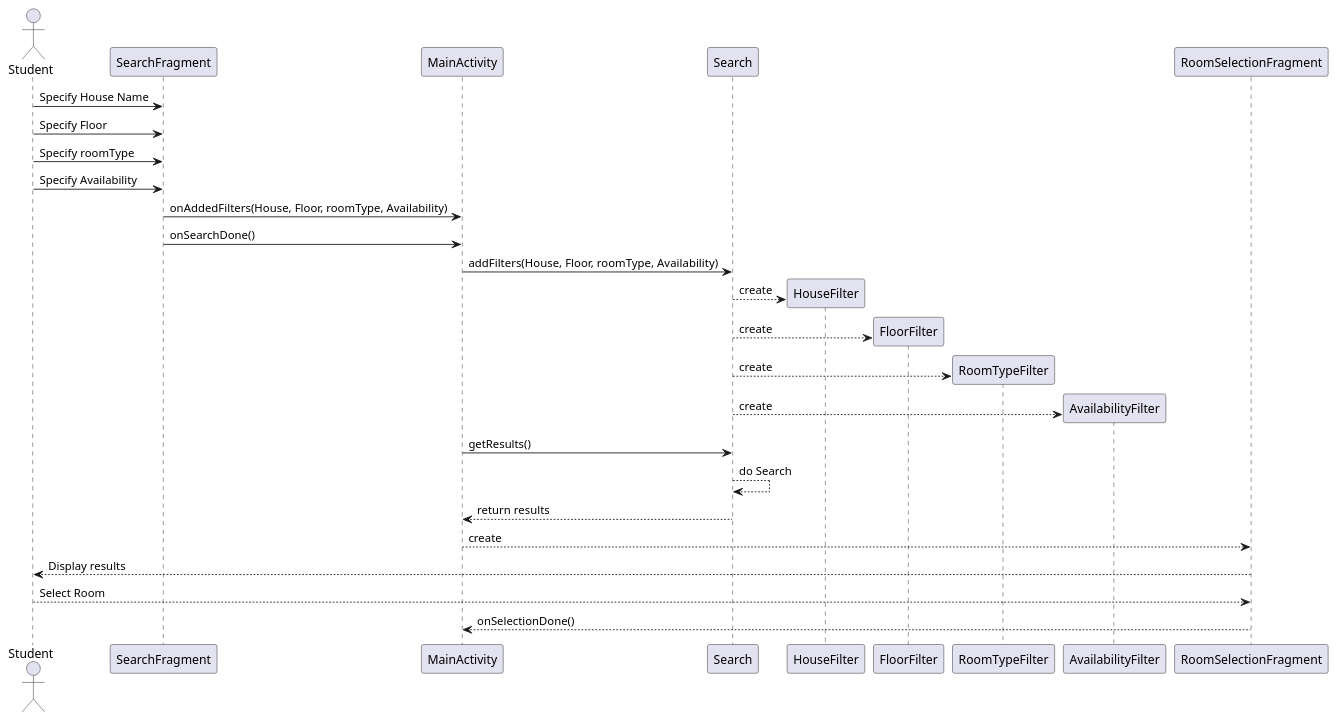
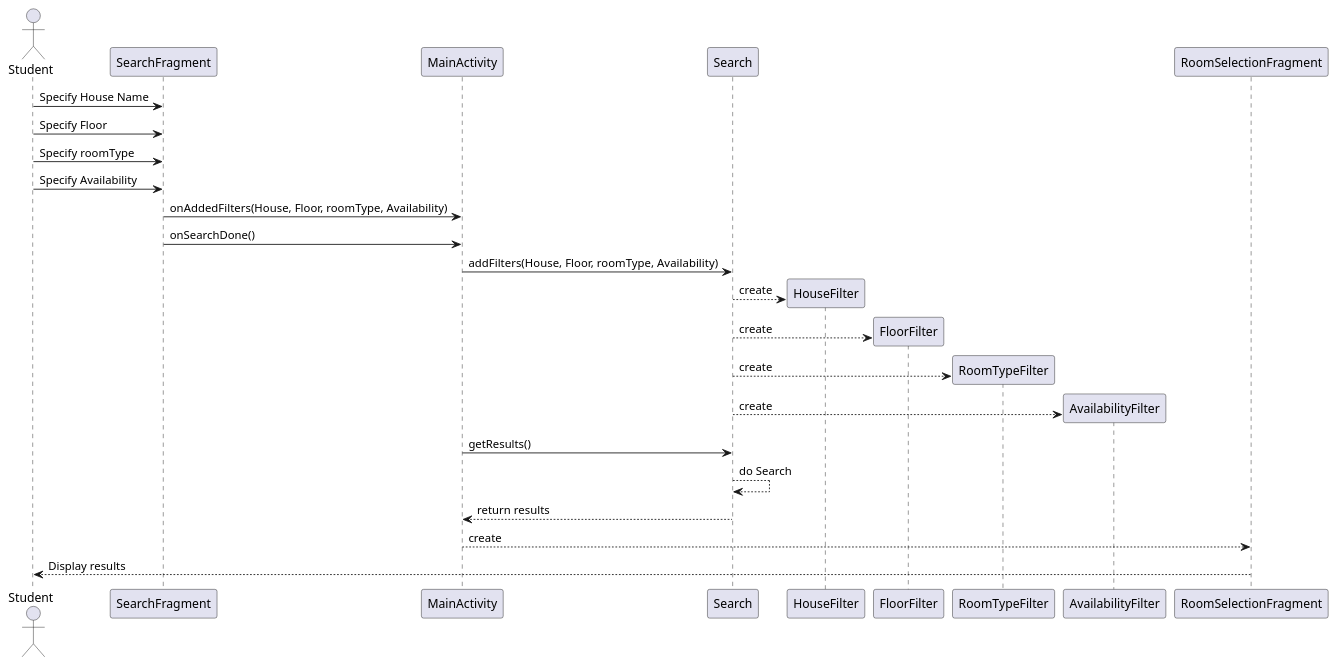
Before and after one commit to alexandraguillen12/Dorm-Review-App: the second of 3 diagrams in intellij/doc/design.md, drawn with PlantUML. The commit also changed other lines of this file, not shown here.

Commit message:
Fixing and adding in Sequence and Design.md

````diff
--- a/intellij/doc/design.md
+++ b/intellij/doc/design.md
@@ -157,28 +109,27 @@
 ```plantuml
 @startuml
 actor Student
 Student -> SearchFragment: Specify House Name 
 Student -> SearchFragment: Specify Floor
 Student -> SearchFragment: Specify roomType
 Student -> SearchFragment: Specify Availability
 SearchFragment -> MainActivity: onAddedFilters(House, Floor, roomType, Availability)
 SearchFragment -> MainActivity: onSearchDone()
 MainActivity -> Search: addFilters(House, Floor, roomType, Availability) 
 create HouseFilter
 Search --> HouseFilter: create 
 create FloorFilter 
 Search --> FloorFilter: create
 create RoomTypeFilter 
 Search --> RoomTypeFilter :create
 create AvailabilityFilter 
 Search --> AvailabilityFilter: create
 MainActivity -> Search: getResults() 
 Search --> Search: do Search 
 Search --> MainActivity: return results 
 MainActivity --> RoomSelectionFragment: create
 RoomSelectionFragment --> Student: Display results 
-Student --> RoomSelectionFragment: Select Room 
-RoomSelectionFragment --> MainActivity: onSelectionDone()
+
 
 @enduml
 ```
````
